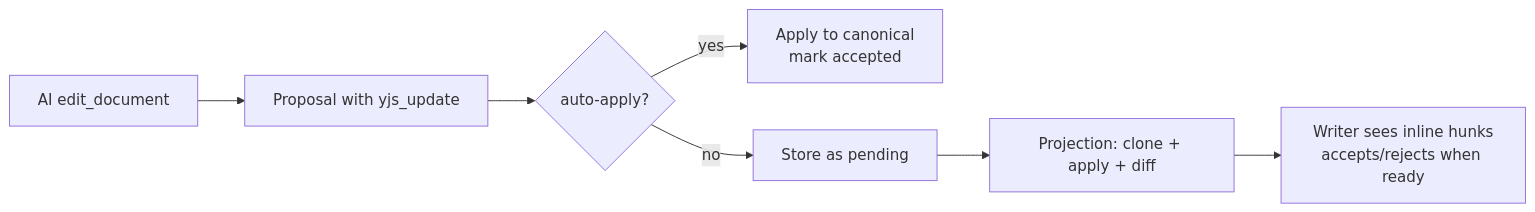
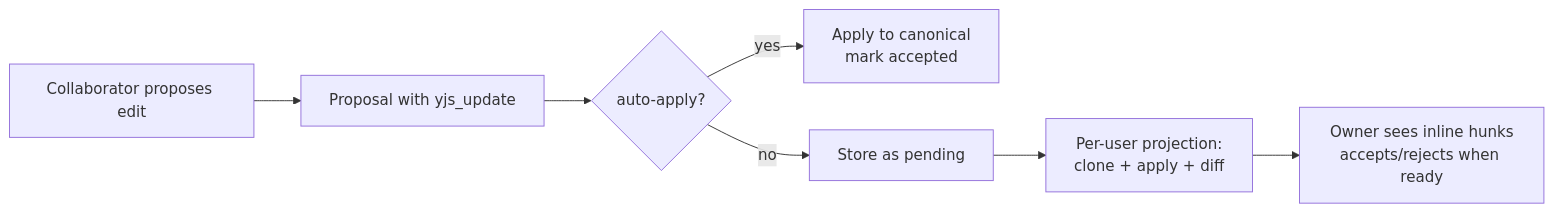
The diagram in _docs/plans/collab-data-model-v2/README.md (haowjy/meridian-flow), drawn with Mermaid before and after one commit. The commit also changed other lines of this file and 3 other files, not shown here.

First line of the commit message:
collab-v2: participant-agnostic model, per-user projection, backend AI context

````diff
--- a/_docs/plans/collab-data-model-v2/README.md
+++ b/_docs/plans/collab-data-model-v2/README.md
@@ -17,9 +17,9 @@
 ```mermaid
 flowchart LR
-    A["AI edit_document"] --> B["Proposal with yjs_update"]
+    A["Collaborator proposes edit"] --> B["Proposal with yjs_update"]
     B --> C{"auto-apply?"}
     C -->|yes| D["Apply to canonical<br/>mark accepted"]
     C -->|no| E["Store as pending"]
-    E --> F["Projection: clone + apply + diff"]
-    F --> G["Writer sees inline hunks<br/>accepts/rejects when ready"]
+    E --> F["Per-user projection:<br/>clone + apply + diff"]
+    F --> G["Owner sees inline hunks<br/>accepts/rejects when ready"]
 ```
````
